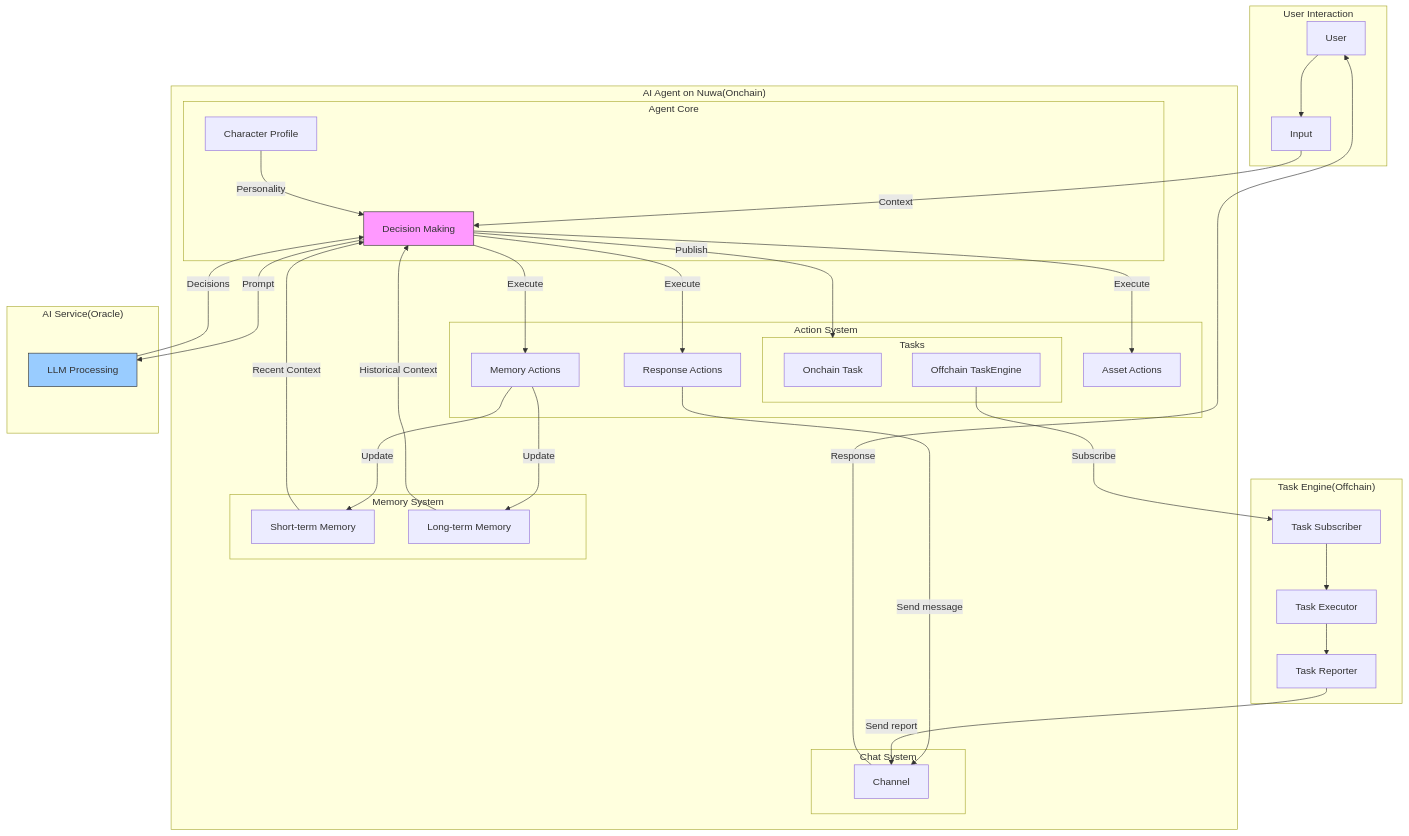
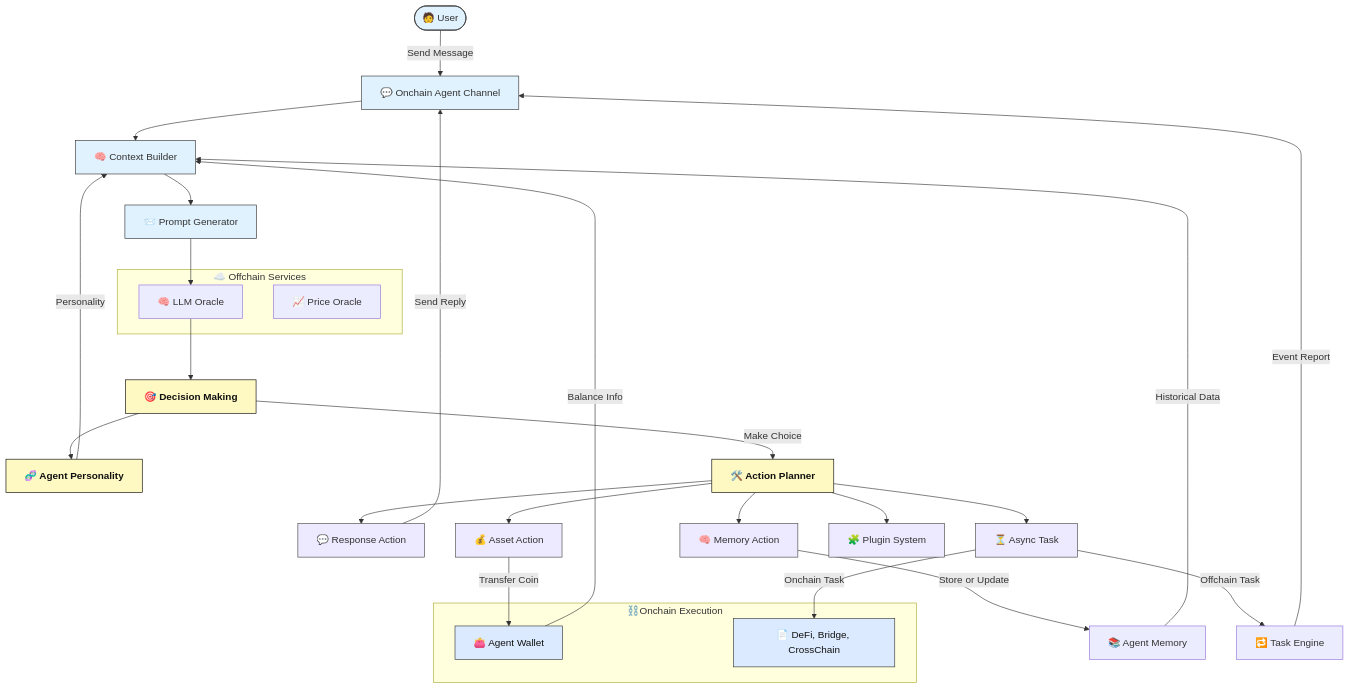
Before and after one commit to rooch-network/nuwa: the first of 2 diagrams in README.md, drawn with Mermaid. The commit also changed other lines of this file, not shown here.

Commit message:
Update Architecture

````diff
--- a/README.md
+++ b/README.md
@@ -9,67 +11,61 @@
 ```mermaid
-graph TB
-    subgraph "User Interaction"
-        U[User] --> I[Input]
-    end
+flowchart TD
 
-    subgraph "AI Agent on Nuwa(Onchain)"
-        subgraph "Memory System"
-            SM[Short-term Memory]
-            LM[Long-term Memory]
-        end
-        
-        subgraph "Agent Core"
-            C[Character Profile]
-            D[Decision Making]
-        end
-        
-        subgraph "Action System"
-            A1[Memory Actions]
-            A2[Response Actions]
-            A3[Asset Actions]
-        
-            subgraph T ["Tasks"]
-                OnchainTask[Onchain Task]
-                OffchainTask[Offchain TaskEngine]
-            end
-        
-        end
+  %% User input
+  User([🧑 User]) -->|Send Message| Chat[💬 Onchain Agent Channel]
+  Chat --> Context[🧠 Context Builder]
 
-        subgraph "Chat System"
-           C1[Channel]
-        end
- 
-    end
+  %% Prompt & LLM Layer
+  Context --> PromptGen[📨 Prompt Generator]
+  PromptGen --> LLM[🧠 LLM Oracle]
 
-    subgraph "AI Service(Oracle)"
-        AI[LLM Processing]
-    end
+  %% Decision Making
+  LLM --> Decision[🎯 Decision Making]
+  Decision --> Profile[🧬 Agent Personality]
+  Decision -->|Make Choice| Planner[🛠️ Action Planner]
 
-    subgraph TaskEngine ["Task Engine(Offchain)"]
-       T1[Task Subscriber]
-       T2[Task Executor]
-       T3[Task Reporter]
-    end
+  %% Action Execution
+  Planner --> Resp[💬 Response Action]
+  Planner --> Mem[🧠 Memory Action]
+  Planner --> Asset[💰 Asset Action]
+  Planner --> Task[⏳ Async Task]
+  Planner --> Plugin[🧩 Plugin System]
 
-    I --> |Context| D
-    SM --> |Recent Context| D
-    LM --> |Historical Context| D
-    C --> |Personality| D
-    D --> |Prompt| AI
-    AI --> |Decisions| D
-    D --> |Execute| A1
-    D --> |Execute| A2
-    D --> |Execute| A3
-    D --> |Publish| T
-    A1 --> |Update| SM
-    A1 --> |Update| LM
-    A2 --> |Send message|C1
-    C1 --> |Response| U
-    OffchainTask --> |Subscribe| T1
-    T1 --> T2
-    T2 --> T3
-    T3 --> |Send report| C1
+  Resp -->|Send Reply| Chat
+  Mem -->|Store or Update| Memory[📚 Agent Memory]
+  Asset -->|Transfer Coin| Wallet[👛 Agent Wallet]
 
-    style D fill:#f9f,stroke:#333
-    style AI fill:#9cf,stroke:#333
+  %% External state sources
+  Wallet -->|Balance Info| Context
+  Memory -->|Historical Data| Context
+  Profile -->|Personality| Context
+
+  %% Execution Targets
+  subgraph OnchainExecution[⛓️Onchain Execution]
+    Wallet
+    Contracts[📄 DeFi, Bridge, CrossChain]
+  end
+
+  subgraph OffchainServices[☁️ Offchain Services]
+    LLM
+    PriceOracle[📈 Price Oracle]
+  end
+
+  %% Task Routing
+  Task -->|Onchain Task| Contracts
+  Task -->|Offchain Task| TaskEngine[🔁 Task Engine]
+  TaskEngine -->|Event Report| Chat
+
+
+  %% Styling
+  classDef core fill:#fef9c3,stroke:#000,color:#111,font-weight:bold;
+  classDef exec fill:#dbeafe,stroke:#333,color:#111;
+  classDef input fill:#e0f2fe,stroke:#333;
+  classDef action fill:#ede9fe,stroke:#444;
+  classDef logic fill:#f3e8ff,stroke:#333;
+  class Profile,Decision,Planner core;
+  class Wallet,Contracts exec;
+  class LLM,PriceOracle offchain;
+  class User,Chat,Context,PromptGen input;
+  class Resp,Mem,Asset,Task,Plugin action;
 ```
````
